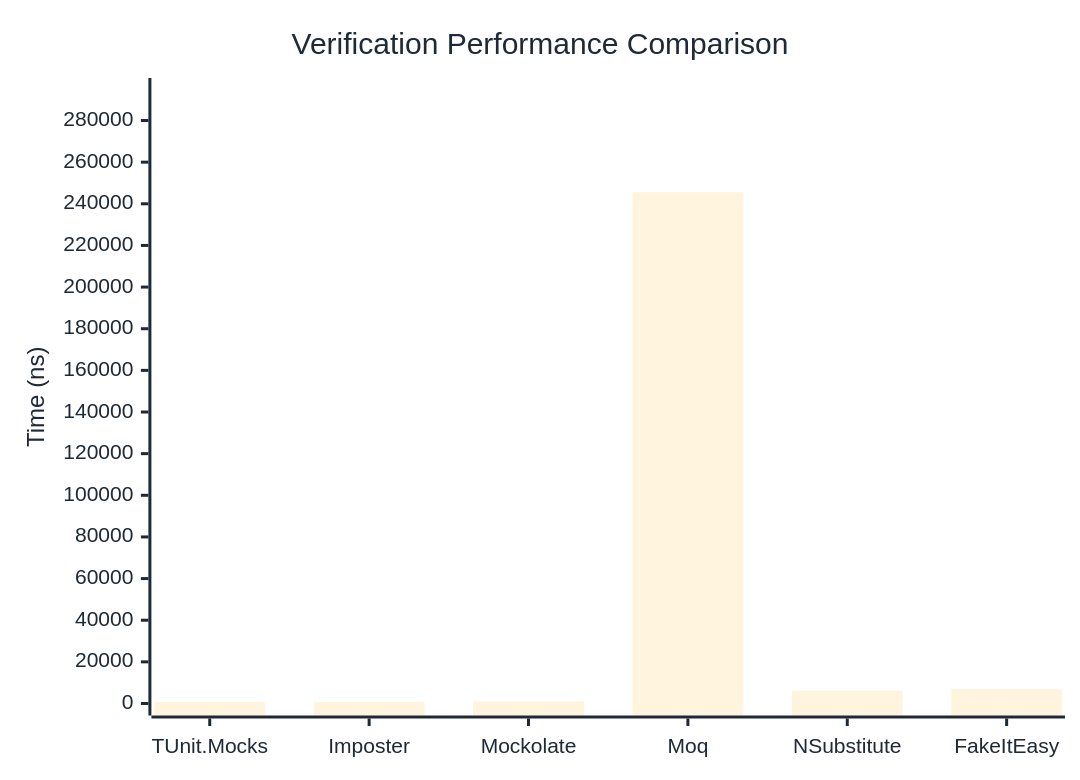
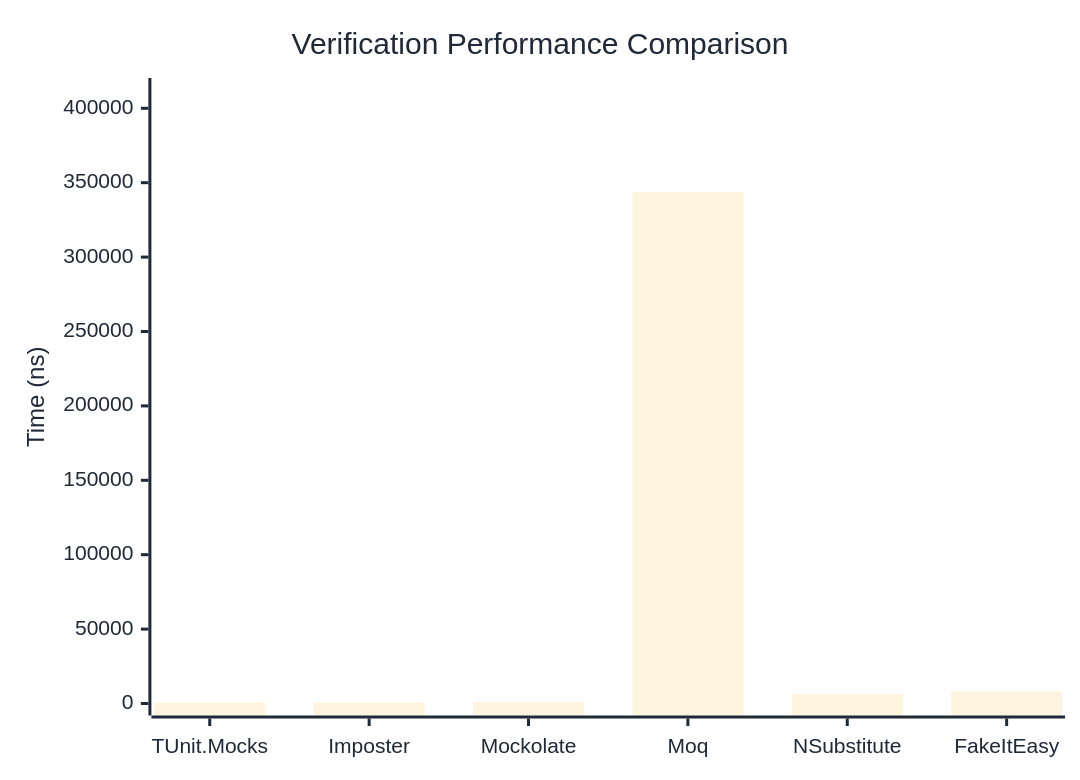
The first of 3 diagrams in docs/docs/benchmarks/mocks/Verification.md (thomhurst/TUnit), drawn with Mermaid before and after one commit. The commit also changed other lines of this file and 14 other files, not shown here.

````diff
--- a/docs/docs/benchmarks/mocks/Verification.md
+++ b/docs/docs/benchmarks/mocks/Verification.md
@@ -28,27 +28,27 @@
 ```mermaid
 %%{init: {
   'theme':'base',
   'themeVariables': {
     'primaryColor': '#2563eb',
     'primaryTextColor': '#1f2937',
     'primaryBorderColor': '#1e40af',
     'lineColor': '#6b7280',
     'secondaryColor': '#7c3aed',
     'tertiaryColor': '#dc2626',
     'background': '#ffffff',
     'pie1': '#2563eb',
     'pie2': '#7c3aed',
     'pie3': '#dc2626',
     'pie4': '#f59e0b',
     'pie5': '#10b981',
     'pie6': '#06b6d4',
     'pie7': '#ec4899',
     'pie8': '#6366f1'
   }
 }}%%
 xychart-beta
   title "Verification Performance Comparison"
   x-axis ["TUnit.Mocks", "Imposter", "Mockolate", "Moq", "NSubstitute", "FakeItEasy"]
-  y-axis "Time (ns)" 0 --> 294658
-  bar [740.42, 692.96, 983.15, 245548.22, 6129.86, 6924.68]
+  y-axis "Time (ns)" 0 --> 412295
+  bar [673.83, 717.63, 940.07, 343578.97, 6301.3, 8096.34]
 ```
````
